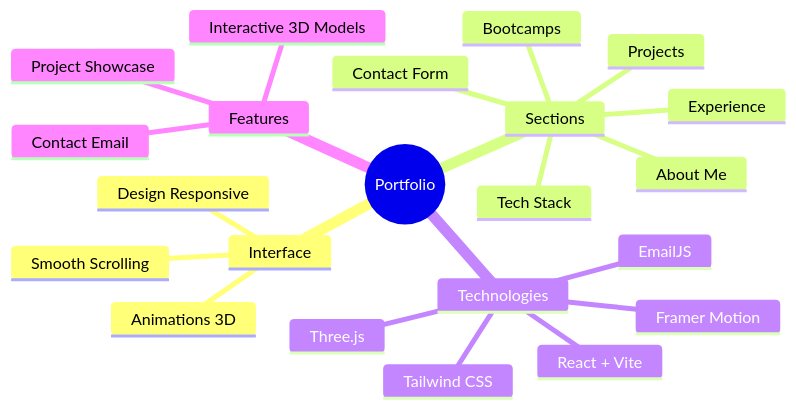
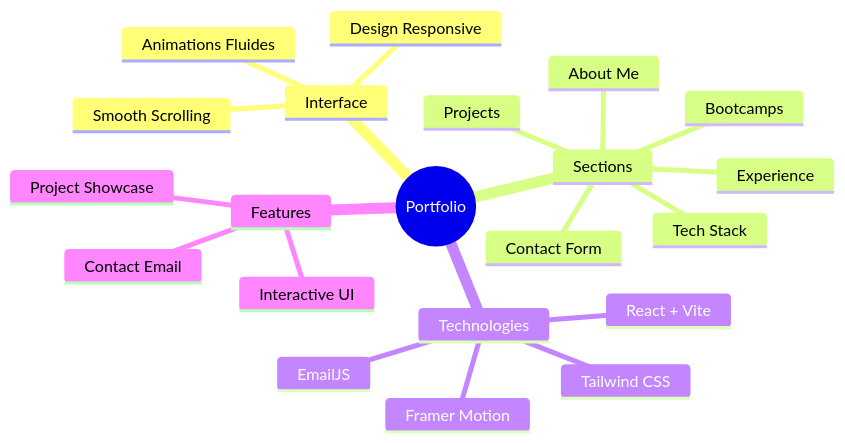
One commit to bensmailfati11/portfolio changed the diagram in README.md. Above: the diagram before and after it, drawn with Mermaid. The commit also changed other lines of this file and 10 other files, not shown here.

````diff
--- a/README.md
+++ b/README.md
@@ -41,25 +41,24 @@
 ```mermaid
 mindmap
   root((Portfolio))
     Interface
       Design Responsive
-      Animations 3D
+      Animations Fluides
       Smooth Scrolling
     Sections
       About Me
       Experience
       Bootcamps
       Tech Stack
       Projects
       Contact Form
     Technologies
       React + Vite
       Tailwind CSS
-      Three.js
       Framer Motion
       EmailJS
     Features
       Contact Email
       Project Showcase
-      Interactive 3D Models
+      Interactive UI
 ```
````
